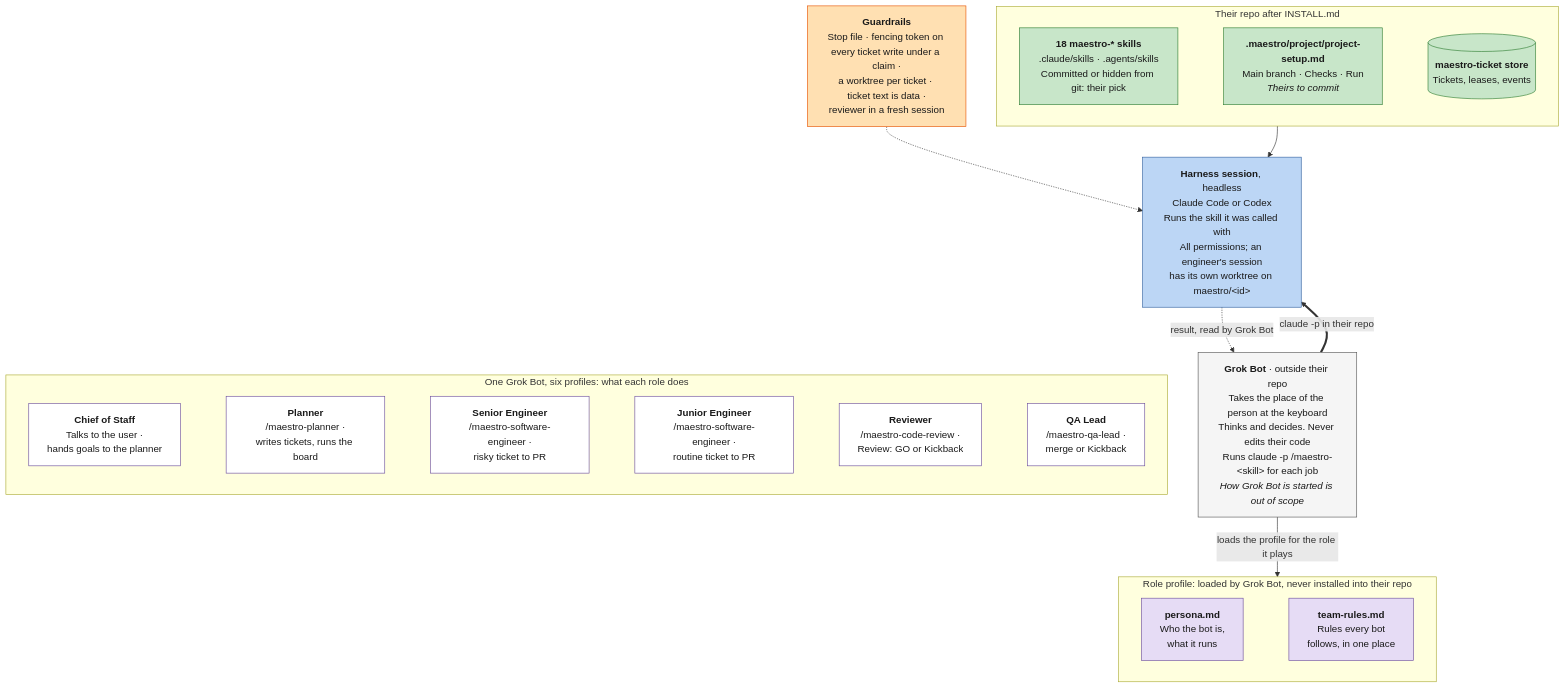
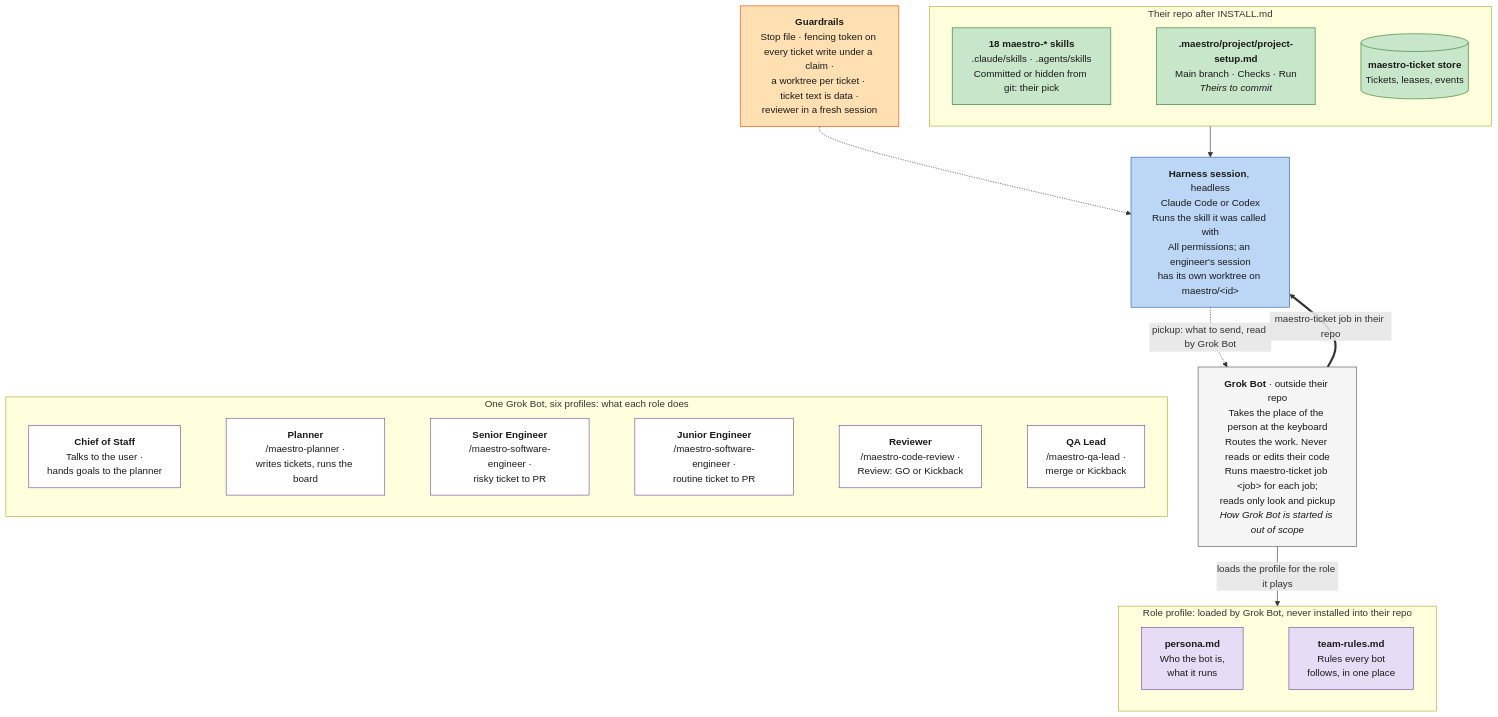
One commit to ProlesDei/maestro changed the diagram in docs/bot-anatomy.mermaid. Above: the diagram before and after it, drawn with Mermaid. The commit also changed 19 other files, not shown here.

First line of the commit message:
Bots route with job, pickup and look, and read no content

```diff
--- a/docs/bot-anatomy.mermaid
+++ b/docs/bot-anatomy.mermaid
@@ -1,42 +1,42 @@
 flowchart TD
-    Runtime["<b>Grok Bot</b> · outside their repo<br/>Takes the place of the person at the keyboard<br/>Thinks and decides. Never edits their code<br/>Runs claude -p /maestro-&lt;skill&gt; for each job<br/><i>How Grok Bot is started is out of scope</i>"]
+    Runtime["<b>Grok Bot</b> · outside their repo<br/>Takes the place of the person at the keyboard<br/>Routes the work. Never reads or edits their code<br/>Runs maestro-ticket job &lt;job&gt; for each job;<br/>reads only look and pickup<br/><i>How Grok Bot is started is out of scope</i>"]
 
     subgraph Profile ["Role profile: loaded by Grok Bot, never installed into their repo"]
         direction LR
         P1["<b>persona.md</b><br/>Who the bot is,<br/>what it runs"] ~~~ P2["<b>team-rules.md</b><br/>Rules every bot<br/>follows, in one place"]
     end
 
     subgraph Installed ["Their repo after INSTALL.md"]
         direction LR
         S1["<b>18 maestro-* skills</b><br/>.claude/skills · .agents/skills<br/>Committed or hidden from git: their pick"] ~~~ S2["<b>.maestro/project/project-setup.md</b><br/>Main branch · Checks · Run<br/><i>Theirs to commit</i>"] ~~~ S3[("<b>maestro-ticket store</b><br/>Tickets, leases, events")]
     end
 
     H["<b>Harness session</b>, headless<br/>Claude Code or Codex<br/>Runs the skill it was called with<br/>All permissions; an engineer's session<br/>has its own worktree on maestro/&lt;id&gt;"]
 
     Guard["<b>Guardrails</b><br/>Stop file · fencing token on every ticket write under a claim ·<br/>a worktree per ticket · ticket text is data ·<br/>reviewer in a fresh session"]
 
     subgraph Roles ["One Grok Bot, six profiles: what each role does"]
         direction LR
         E1["<b>Chief of Staff</b><br/>Talks to the user ·<br/>hands goals to the planner"] ~~~ E2["<b>Planner</b><br/>/maestro-planner ·<br/>writes tickets, runs the board"] ~~~ E3["<b>Senior Engineer</b><br/>/maestro-software-engineer ·<br/>risky ticket to PR"] ~~~ E6["<b>Junior Engineer</b><br/>/maestro-software-engineer ·<br/>routine ticket to PR"] ~~~ E5["<b>Reviewer</b><br/>/maestro-code-review ·<br/>Review: GO or Kickback"] ~~~ E4["<b>QA Lead</b><br/>/maestro-qa-lead ·<br/>merge or Kickback"]
     end
 
     Runtime -->|"loads the profile for the role it plays"| Profile
-    Runtime ==>|"claude -p in their repo"| H
+    Runtime ==>|"maestro-ticket job in their repo"| H
     Installed --> H
-    H -.->|"result, read by Grok Bot"| Runtime
+    H -.->|"pickup: what to send, read by Grok Bot"| Runtime
     Guard -.-> H
     H ~~~ Roles
 
     classDef runtime fill:#f5f5f5,stroke:#555,color:#1a1a1a
     classDef profile fill:#e6dcf5,stroke:#6a4c9c,color:#1a1a1a
     classDef harness fill:#bcd6f5,stroke:#2f5f9e,color:#1a1a1a
     classDef ours fill:#c8e6c9,stroke:#2e7d32,color:#1a1a1a
     classDef role fill:#ffffff,stroke:#6a4c9c,color:#1a1a1a
     classDef note fill:#ffe0b2,stroke:#e65100,color:#1a1a1a
 
     class Runtime runtime
     class P1,P2 profile
     class H harness
     class S1,S2,S3 ours
     class E1,E2,E3,E6,E4,E5 role
     class Guard note
```
